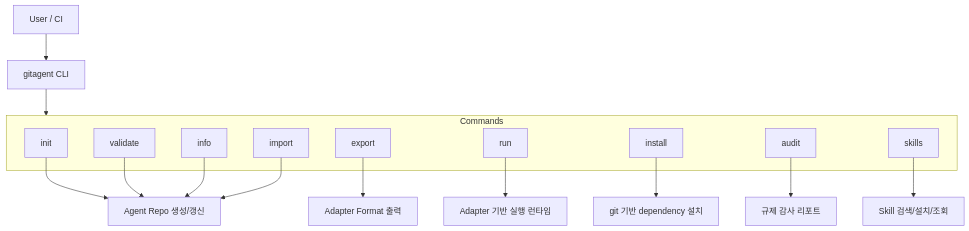
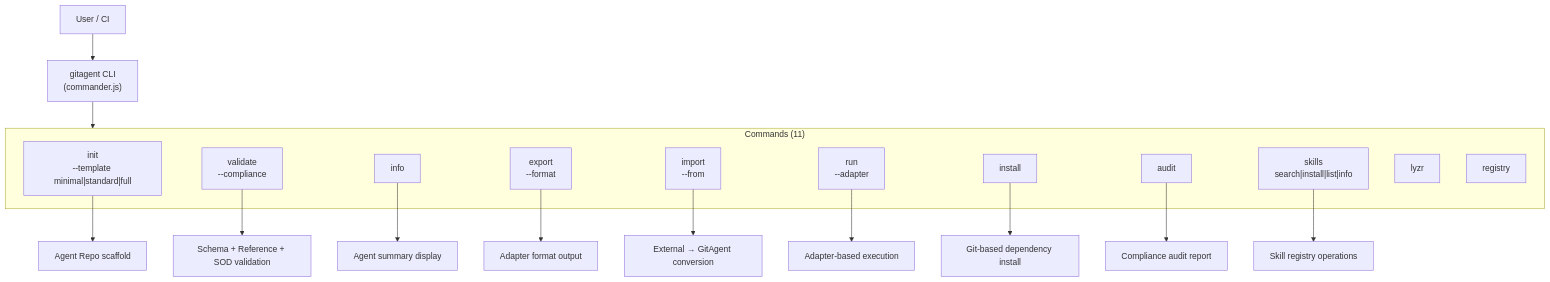
Before and after one commit to kimchanhyung98/agentic-workflows: the second of 9 diagrams in gitagent/00-diagram.md, drawn with Mermaid. The commit also changed other lines of this file and 2 other files, not shown here.

First line of the commit message:
docs: add 7-layer architecture and CLI

````diff
--- a/gitagent/00-diagram.md
+++ b/gitagent/00-diagram.md
@@ -50,28 +56,30 @@
 ```mermaid
 flowchart TD
-    USER["User / CI"] --> CLI["gitagent CLI"]
+    USER["User / CI"] --> CLI["gitagent CLI\n(commander.js)"]
 
-    subgraph COMMANDS["Commands"]
-        INIT["init"]
-        VAL["validate"]
+    subgraph COMMANDS["Commands (11)"]
+        INIT["init\n--template minimal|standard|full"]
+        VAL["validate\n--compliance"]
         INFO["info"]
-        EXP["export"]
-        IMP["import"]
-        RUN["run"]
+        EXP["export\n--format <format>"]
+        IMP["import\n--from <format>"]
+        RUN["run\n--adapter <target>"]
         INS["install"]
         AUD["audit"]
-        SKILL["skills"]
+        SKILL["skills\nsearch|install|list|info"]
+        LYZR["lyzr"]
+        REG["registry"]
     end
 
     CLI --> COMMANDS
 
-    INIT --> REPO["Agent Repo 생성/갱신"]
-    VAL --> REPO
-    INFO --> REPO
-    EXP --> OUT["Adapter Format 출력"]
-    IMP --> REPO
-    RUN --> RUNTIME["Adapter 기반 실행 런타임"]
-    INS --> DEP["git 기반 dependency 설치"]
-    AUD --> REPORT["규제 감사 리포트"]
-    SKILL --> SKREG["Skill 검색/설치/조회"]
+    INIT --> REPO["Agent Repo scaffold"]
+    VAL --> CHECK["Schema + Reference + SOD validation"]
+    INFO --> DISPLAY["Agent summary display"]
+    EXP --> ADAPT["Adapter format output"]
+    IMP --> CONVERT["External → GitAgent conversion"]
+    RUN --> RUNTIME["Adapter-based execution"]
+    INS --> DEP["Git-based dependency install"]
+    AUD --> REPORT["Compliance audit report"]
+    SKILL --> SKREG["Skill registry operations"]
 ```
````
